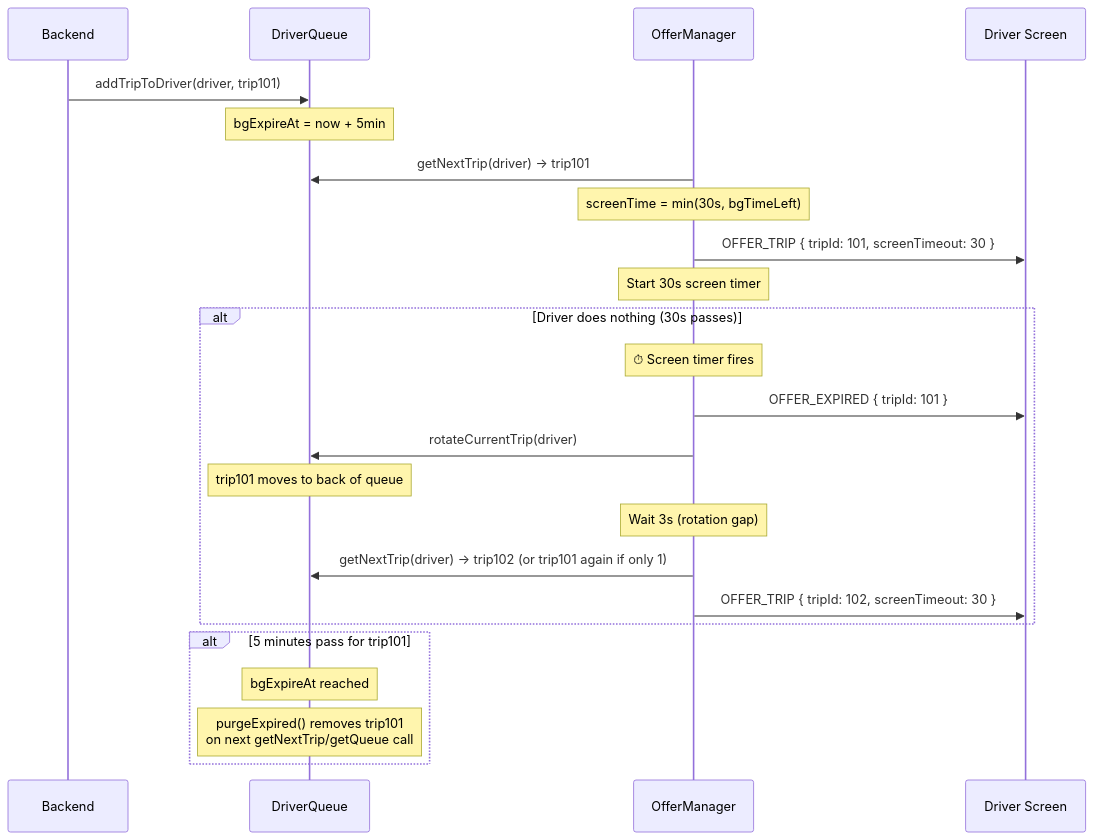
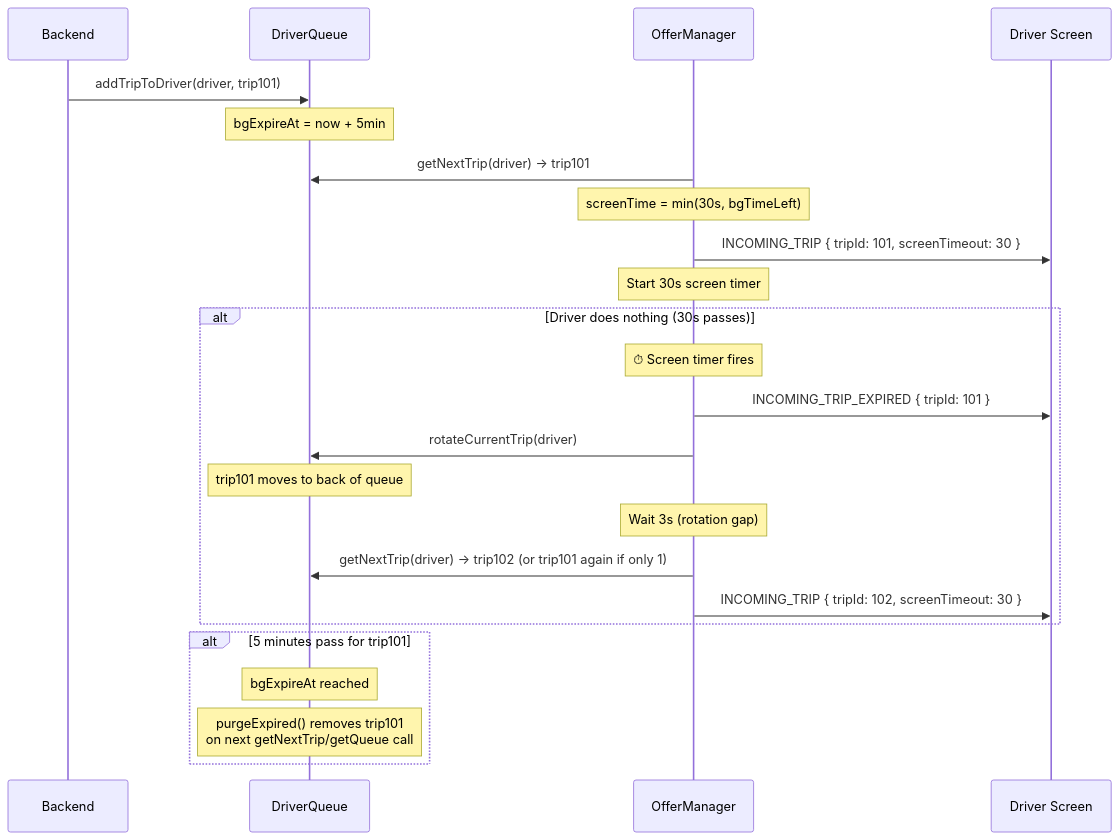
One commit to rahul-shaw18/loadgo-nestjs-server changed diagram 19 of 21 in DOCUMENTATION.md. Above: the diagram before and after it, drawn with Mermaid. The commit also changed other lines of this file and 4 other files, not shown here.

Commit message:
feat: implement TripsGateway and OfferManagerService to handle real-time trip assignment and socket event synchronization

````diff
--- a/DOCUMENTATION.md
+++ b/DOCUMENTATION.md
@@ -1046,30 +1053,30 @@
 ```mermaid
 sequenceDiagram
     participant Backend
     participant Queue as DriverQueue
     participant Offer as OfferManager
     participant Screen as Driver Screen
 
     Backend->>Queue: addTripToDriver(driver, trip101)
     Note over Queue: bgExpireAt = now + 5min
 
     Offer->>Queue: getNextTrip(driver) → trip101
     Note over Offer: screenTime = min(30s, bgTimeLeft)
-    Offer->>Screen: OFFER_TRIP { tripId: 101, screenTimeout: 30 }
+    Offer->>Screen: INCOMING_TRIP { tripId: 101, screenTimeout: 30 }
     Note over Offer: Start 30s screen timer
 
     alt Driver does nothing (30s passes)
         Note over Offer: ⏱ Screen timer fires
-        Offer->>Screen: OFFER_EXPIRED { tripId: 101 }
+        Offer->>Screen: INCOMING_TRIP_EXPIRED { tripId: 101 }
         Offer->>Queue: rotateCurrentTrip(driver)
         Note over Queue: trip101 moves to back of queue
         Note over Offer: Wait 3s (rotation gap)
         Offer->>Queue: getNextTrip(driver) → trip102 (or trip101 again if only 1)
-        Offer->>Screen: OFFER_TRIP { tripId: 102, screenTimeout: 30 }
+        Offer->>Screen: INCOMING_TRIP { tripId: 102, screenTimeout: 30 }
     end
 
     alt 5 minutes pass for trip101
         Note over Queue: bgExpireAt reached
         Note over Queue: purgeExpired() removes trip101<br/>on next getNextTrip/getQueue call
     end
 ```
````
